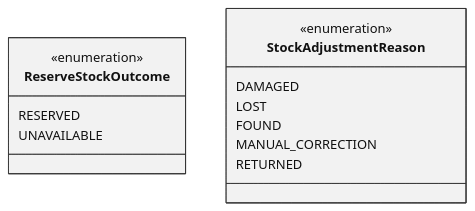
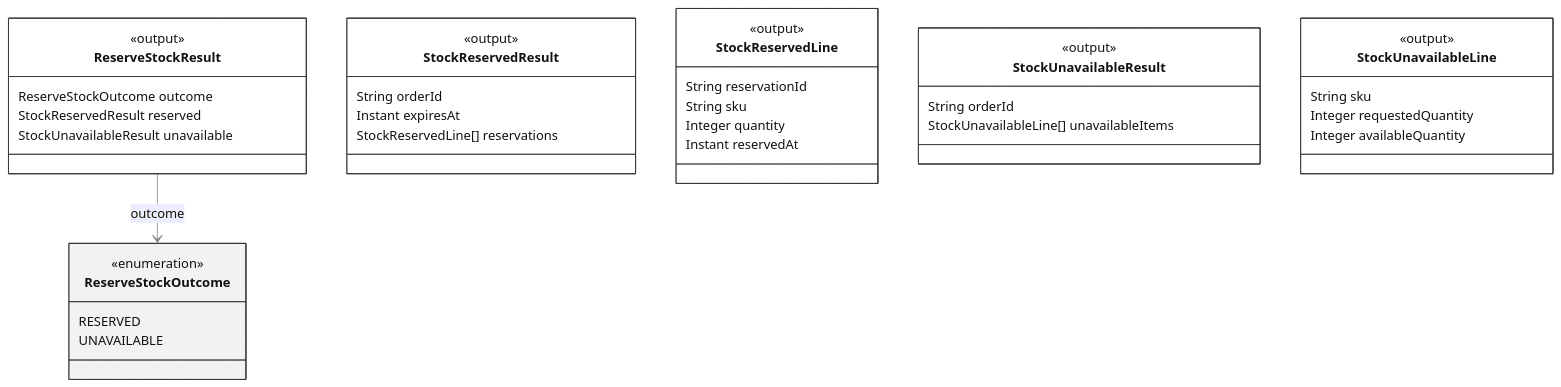
One commit to ZenWave360/dsl-kotlin changed the eighth of 9 diagrams in dsl-docs/src/commonTest/resources/snapshots/arcadia-modulith/modules/catalog-inventory.md. Above: the diagram before and after it, drawn with Mermaid. The commit also changed other lines of this file and 13 other files, not shown here.

````diff
--- a/dsl-docs/src/commonTest/resources/snapshots/arcadia-modulith/modules/catalog-inventory.md
+++ b/dsl-docs/src/commonTest/resources/snapshots/arcadia-modulith/modules/catalog-inventory.md
@@ -269,27 +346,54 @@
 ```mermaid
 ---
 config:
   theme: default
   themeVariables:
     lineColor: "#888888"
     edgeLabelBackground: "#ffffff"
     transitionColor: "#888888"
     transitionLabelColor: "#111111"
 ---
 classDiagram
+    class ReserveStockResult {
+        <<output>>
+        ReserveStockOutcome outcome
+        StockReservedResult reserved
+        StockUnavailableResult unavailable
+    }
+    class StockReservedResult {
+        <<output>>
+        String orderId
+        Instant expiresAt
+        StockReservedLine[] reservations
+    }
+    class StockReservedLine {
+        <<output>>
+        String reservationId
+        String sku
+        Integer quantity
+        Instant reservedAt
+    }
+    class StockUnavailableResult {
+        <<output>>
+        String orderId
+        StockUnavailableLine[] unavailableItems
+    }
+    class StockUnavailableLine {
+        <<output>>
+        String sku
+        Integer requestedQuantity
+        Integer availableQuantity
+    }
     class ReserveStockOutcome {
         <<enumeration>>
         RESERVED
         UNAVAILABLE
     }
-    class StockAdjustmentReason {
-        <<enumeration>>
-        DAMAGED
-        LOST
-        FOUND
-        MANUAL_CORRECTION
-        RETURNED
-    }
+    ReserveStockResult --> ReserveStockOutcome : outcome
+    style ReserveStockResult fill:#ffffff,stroke:#333333,color:#111111
+    style StockReservedResult fill:#ffffff,stroke:#333333,color:#111111
+    style StockReservedLine fill:#ffffff,stroke:#333333,color:#111111
+    style StockUnavailableResult fill:#ffffff,stroke:#333333,color:#111111
+    style StockUnavailableLine fill:#ffffff,stroke:#333333,color:#111111
     style ReserveStockOutcome fill:#f2f2f2,stroke:#333333,color:#111111
-    style StockAdjustmentReason fill:#f2f2f2,stroke:#333333,color:#111111
 ```
````
